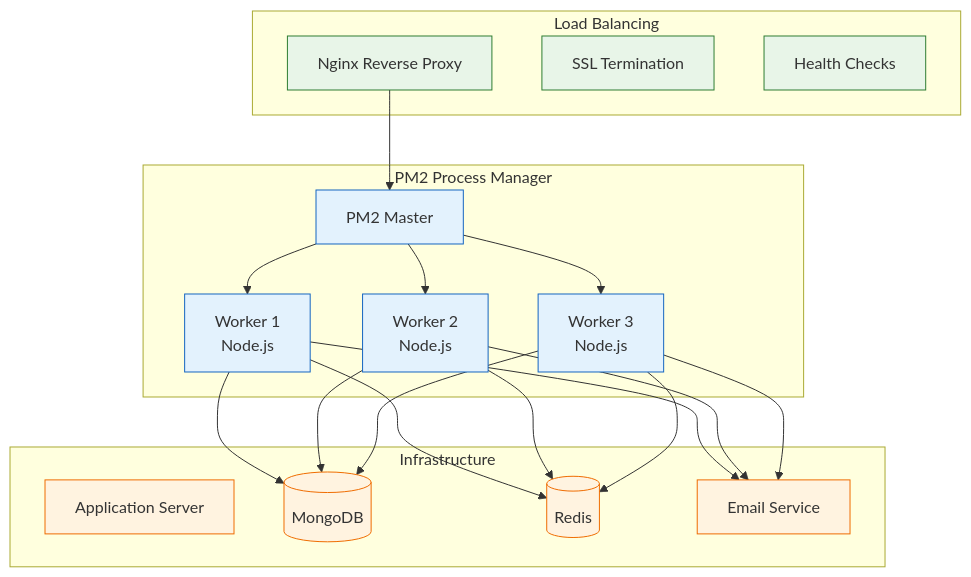
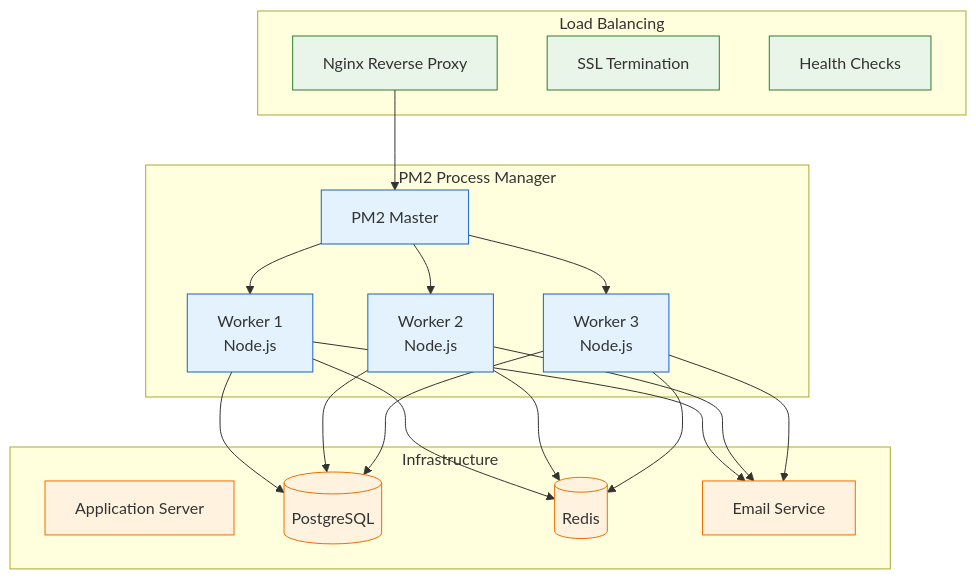
The fifth of 9 diagrams in backend/docs/operations/deployment-guide.md (josephnguyen-macusaone/abc-dashboard), drawn with Mermaid before and after one commit. The commit also changed other lines of this file and 141 other files, not shown here.

````diff
--- a/backend/docs/operations/deployment-guide.md
+++ b/backend/docs/operations/deployment-guide.md
@@ -416,47 +433,47 @@
 ```mermaid
 graph TD
     subgraph "PM2 Process Manager"
         PM2[PM2 Master]
         Worker1[Worker 1<br/>Node.js]
         Worker2[Worker 2<br/>Node.js]
         Worker3[Worker 3<br/>Node.js]
     end
 
     subgraph "Load Balancing"
         Nginx[Nginx Reverse Proxy]
         SSL[SSL Termination]
         Health[Health Checks]
     end
 
     subgraph "Infrastructure"
         Server[Application Server]
-        Database[(MongoDB)]
+        Database[(PostgreSQL)]
         Cache[(Redis)]
         Email[Email Service]
     end
 
     Nginx --> PM2
     PM2 --> Worker1
     PM2 --> Worker2
     PM2 --> Worker3
 
     Worker1 --> Database
     Worker2 --> Database
     Worker3 --> Database
 
     Worker1 --> Cache
     Worker2 --> Cache
     Worker3 --> Cache
 
     Worker1 --> Email
     Worker2 --> Email
     Worker3 --> Email
 
     classDef pm2 fill:#e3f2fd,stroke:#1565c0
     classDef nginx fill:#e8f5e8,stroke:#2e7d32
     classDef infra fill:#fff3e0,stroke:#ef6c00
 
     class PM2,Worker1,Worker2,Worker3 pm2
     class Nginx,SSL,Health nginx
     class Server,Database,Cache,Email infra
 ```
````
